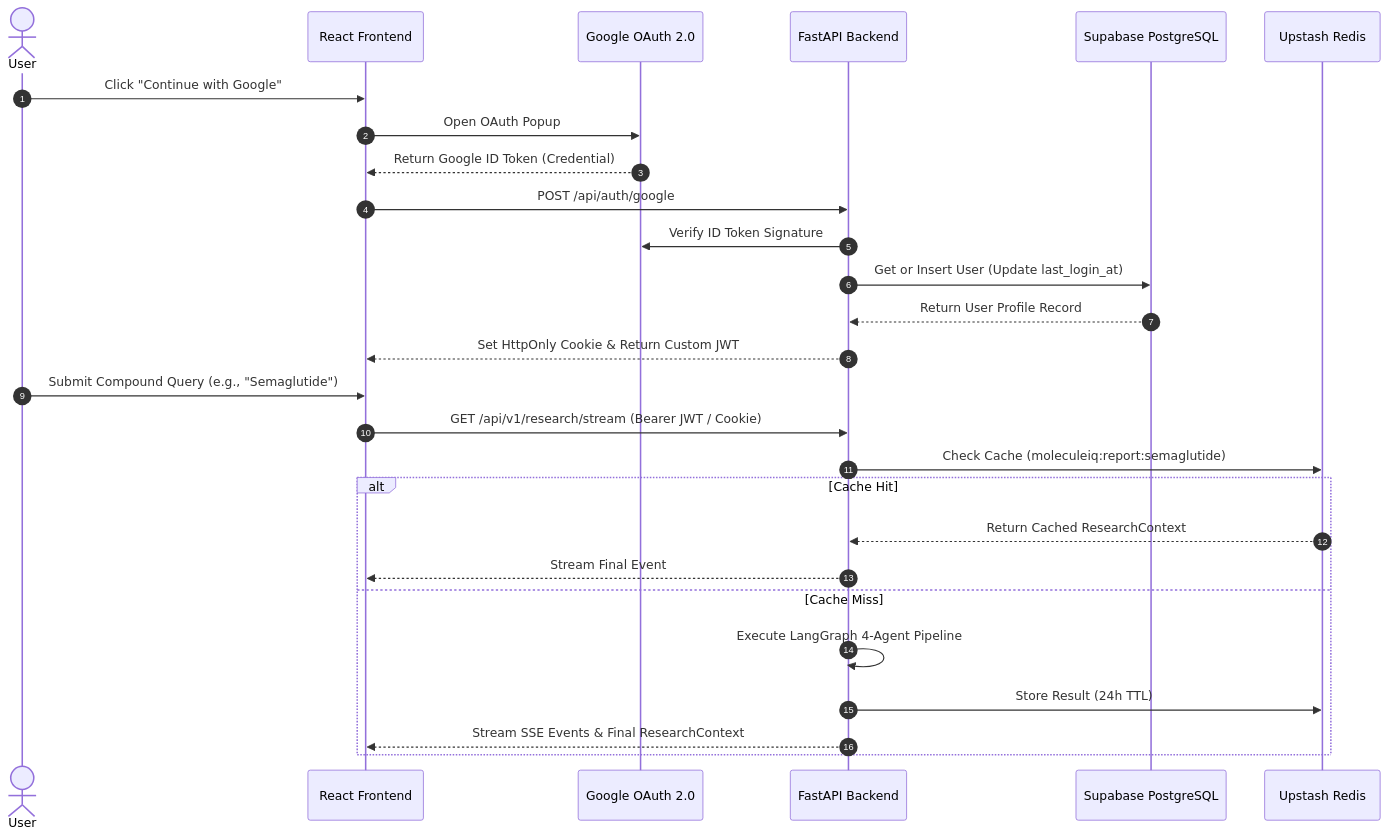
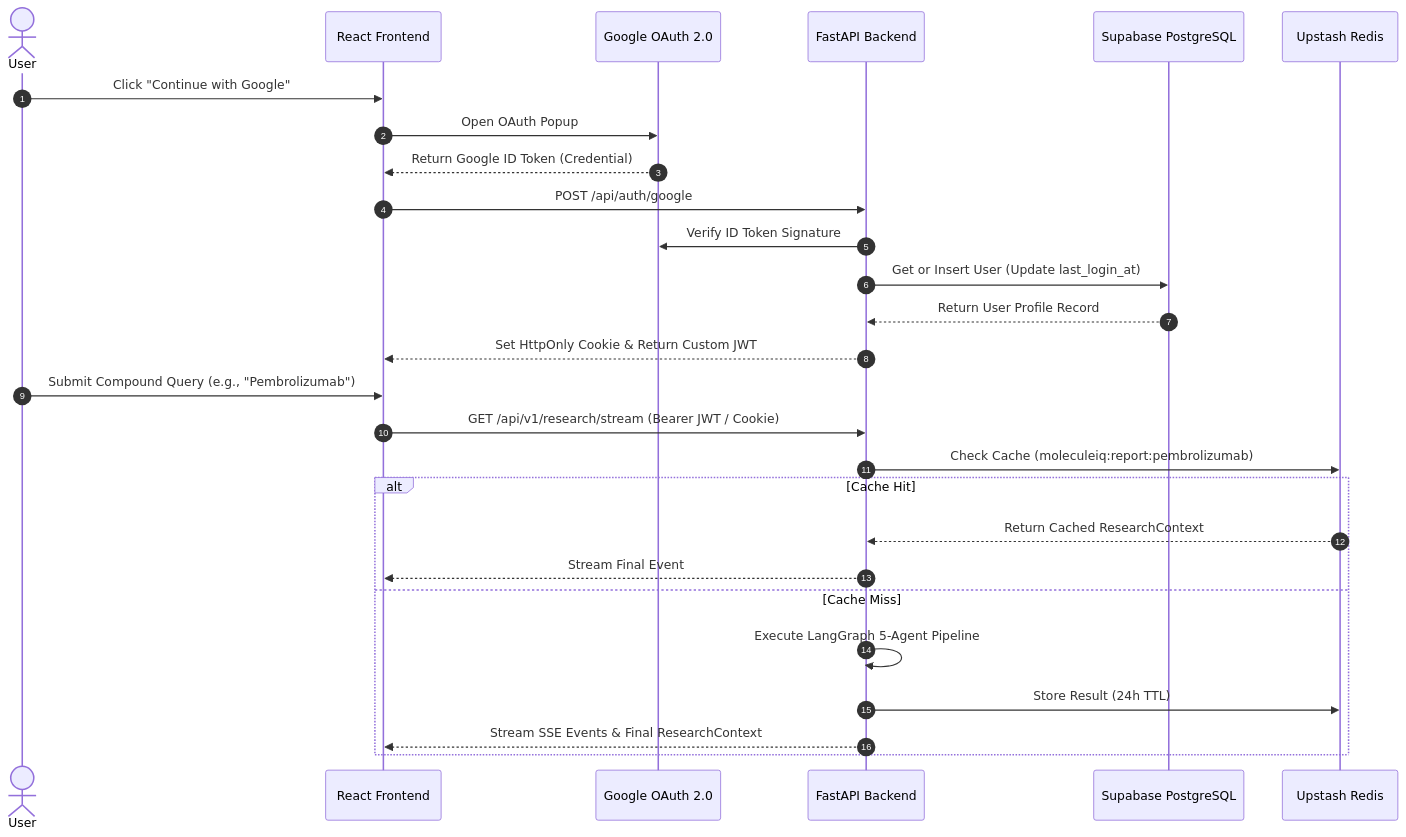
One commit to priyanshuraj20/MoleculeIq changed the third of 3 diagrams in README.md. Above: the diagram before and after it, drawn with Mermaid. The commit also changed other lines of this file and 41 other files, not shown here.

````diff
--- a/README.md
+++ b/README.md
@@ -81,29 +92,29 @@
 ```mermaid
 sequenceDiagram
     autonumber
     actor User
     participant React as React Frontend
     participant Google as Google OAuth 2.0
     participant FastAPI as FastAPI Backend
     participant Supabase as Supabase PostgreSQL
     participant Redis as Upstash Redis
     User->>React: Click "Continue with Google"
     React->>Google: Open OAuth Popup
     Google-->>React: Return Google ID Token (Credential)
     React->>FastAPI: POST /api/auth/google
     FastAPI->>Google: Verify ID Token Signature
     FastAPI->>Supabase: Get or Insert User (Update last_login_at)
     Supabase-->>FastAPI: Return User Profile Record
     FastAPI-->>React: Set HttpOnly Cookie & Return Custom JWT
-    User->>React: Submit Compound Query (e.g., "Semaglutide")
+    User->>React: Submit Compound Query (e.g., "Pembrolizumab")
     React->>FastAPI: GET /api/v1/research/stream (Bearer JWT / Cookie)
-    FastAPI->>Redis: Check Cache (moleculeiq:report:semaglutide)
+    FastAPI->>Redis: Check Cache (moleculeiq:report:pembrolizumab)
     alt Cache Hit
         Redis-->>FastAPI: Return Cached ResearchContext
         FastAPI-->>React: Stream Final Event
     else Cache Miss
-        FastAPI->>FastAPI: Execute LangGraph 4-Agent Pipeline
+        FastAPI->>FastAPI: Execute LangGraph 5-Agent Pipeline
         FastAPI->>Redis: Store Result (24h TTL)
         FastAPI-->>React: Stream SSE Events & Final ResearchContext
     end
 ```
````
